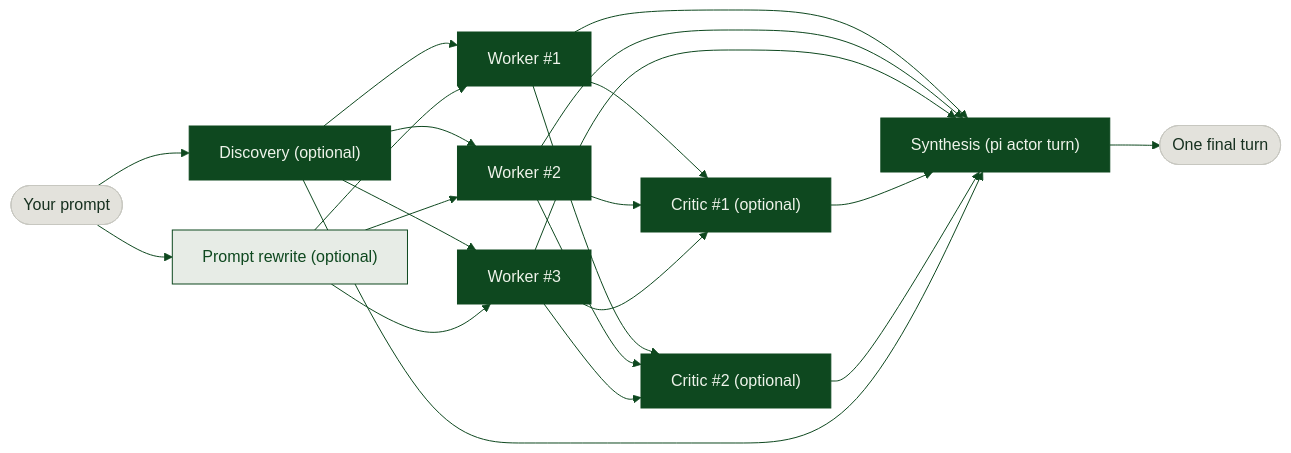
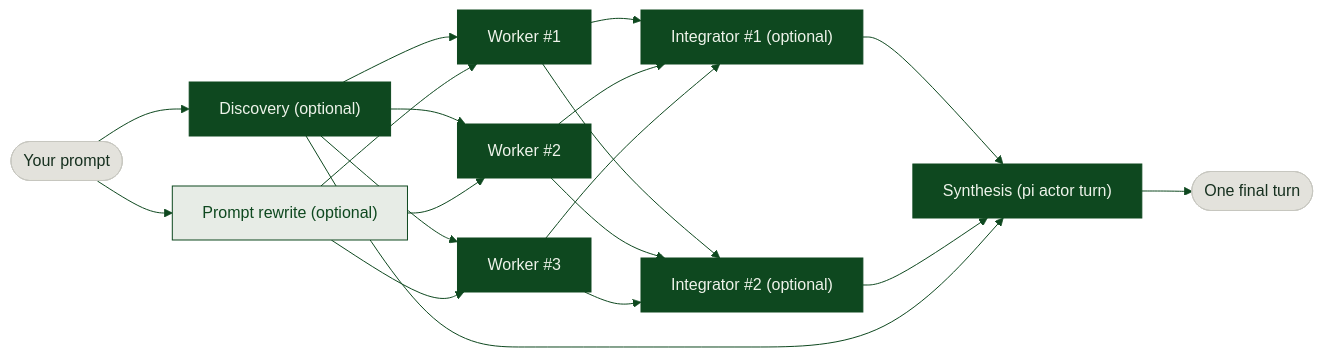
Before and after one commit to plutospp/pi-fusion: the diagram in README.md, drawn with Mermaid. The commit also changed other lines of this file and 7 other files, not shown here.

````diff
--- a/README.md
+++ b/README.md
@@ -57,31 +57,28 @@
 ```mermaid
 %%{init: {"theme":"base","themeVariables":{"fontFamily":"Inter, system-ui, sans-serif","lineColor":"#0E481F","primaryColor":"#0E481F","primaryTextColor":"#EEF3EA","primaryBorderColor":"#0E481F"}}}%%
 flowchart LR
   U([Your prompt]) --> D["Discovery (optional)"]
   U --> R["Prompt rewrite (optional)"]
   D --> W1[Worker #1]
   D --> W2[Worker #2]
   D --> W3[Worker #3]
   R --> W1
   R --> W2
   R --> W3
-  W1 --> C1["Critic #1 (optional)"]
-  W2 --> C1
-  W3 --> C1
-  W1 --> C2["Critic #2 (optional)"]
-  W2 --> C2
-  W3 --> C2
-  W1 --> A["Synthesis (pi actor turn)"]
-  W2 --> A
-  W3 --> A
-  C1 --> A
-  C2 --> A
+  W1 --> I1["Integrator #1 (optional)"]
+  W2 --> I1
+  W3 --> I1
+  W1 --> I2["Integrator #2 (optional)"]
+  W2 --> I2
+  W3 --> I2
+  I1 --> A["Synthesis (pi actor turn)"]
+  I2 --> A
   D --> A
   A --> O([One final turn])
   classDef solid fill:#0E481F,stroke:#0E481F,color:#EEF3EA;
   classDef outline fill:#E7ECE6,stroke:#0E481F,color:#0E481F;
   classDef pill fill:#E3E2DC,stroke:#C7C7C0,color:#16301F;
   class U,O pill;
-  class D,W1,W2,W3,C1,C2,A solid;
+  class D,W1,W2,W3,I1,I2,A solid;
   class R outline;
 ```
````
